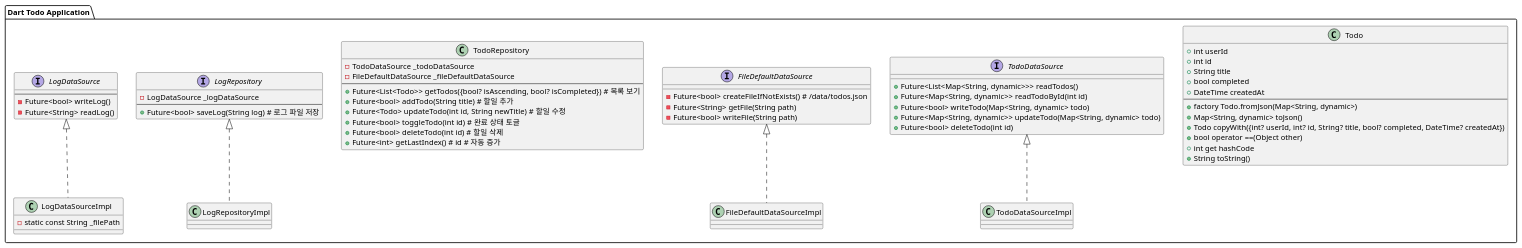
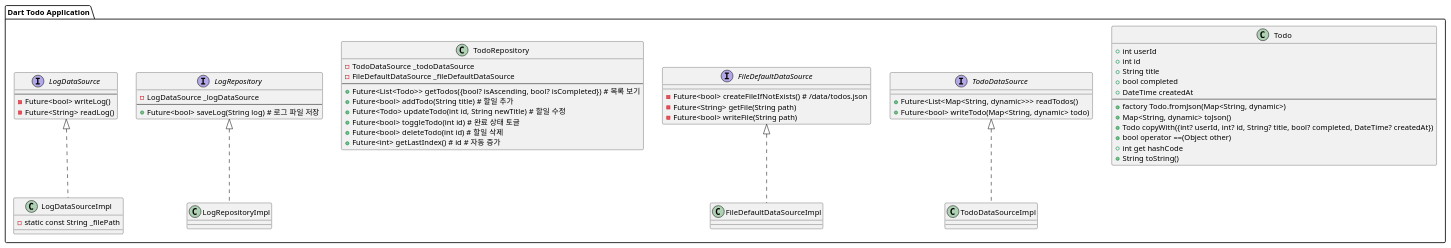
One commit to okstring/modu-3-dart-todo-app changed the diagram in docs/plant.puml. Above: the diagram before and after it, drawn with PlantUML. The commit also changed 6 other files, not shown here.

```diff
--- a/docs/plant.puml
+++ b/docs/plant.puml
@@ -1,70 +1,67 @@
 @startuml
 
 package "Dart Todo Application" {
   class Todo {
     + int userId
     + int id
     + String title
     + bool completed
     + DateTime createdAt
     --
     + factory Todo.fromJson(Map<String, dynamic>)
     + Map<String, dynamic> toJson()
     + Todo copyWith({int? userId, int? id, String? title, bool? completed, DateTime? createdAt})
     + bool operator ==(Object other)
     + int get hashCode
     + String toString()
   }
 
   class TodoDataSourceImpl implements TodoDataSource {
   }
 
   interface TodoDataSource {
       + Future<List<Map<String, dynamic>>> readTodos()
-      + Future<Map<String, dynamic>> readTodoById(int id)
       + Future<bool> writeTodo(Map<String, dynamic> todo)
-      + Future<Map<String, dynamic>> updateTodo(Map<String, dynamic> todo)
-      + Future<bool> deleteTodo(int id)
     }
 
   interface FileDefaultDataSource {
     - Future<bool> createFileIfNotExists() # /data/todos.json
     - Future<String> getFile(String path)
     - Future<bool> writeFile(String path)
   }
 
   class FileDefaultDataSourceImpl implements FileDefaultDataSource {
   }
 
   class TodoRepository {
     - TodoDataSource _todoDataSource
     - FileDefaultDataSource _fileDefaultDataSource
     --
     + Future<List<Todo>> getTodos({bool? isAscending, bool? isCompleted}) # 목록 보기
     + Future<bool> addTodo(String title) # 할일 추가
     + Future<Todo> updateTodo(int id, String newTitle) # 할일 수정
     + Future<bool> toggleTodo(int id) # 완료 상태 토글
     + Future<bool> deleteTodo(int id) # 할일 삭제
     + Future<int> getLastIndex() # id # 자동 증가
   }
 
   interface LogRepository {
     - LogDataSource _logDataSource
     --
     + Future<bool> saveLog(String log) # 로그 파일 저장
   }
 
   class LogDataSourceImpl implements LogDataSource {
       - static const String _filePath
   }
 
   interface LogDataSource {
       --
       - Future<bool> writeLog()
       - Future<String> readLog()
   }
 
   class LogRepositoryImpl implements LogRepository {}
 }
 
 @enduml
```
